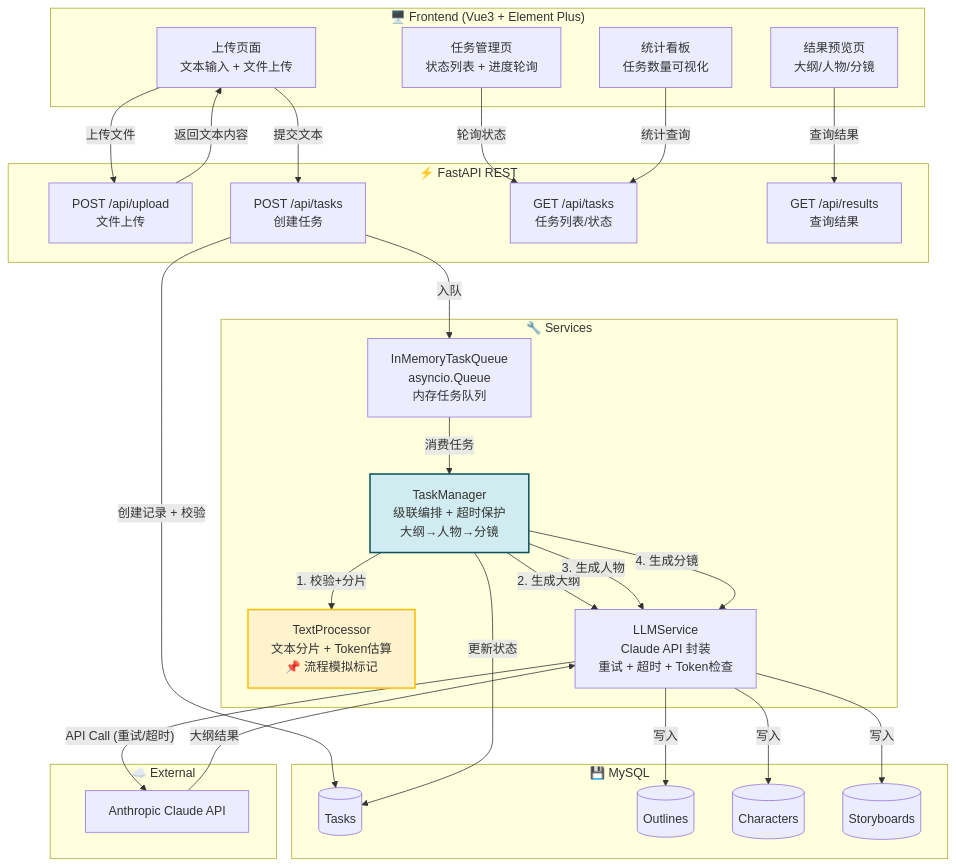
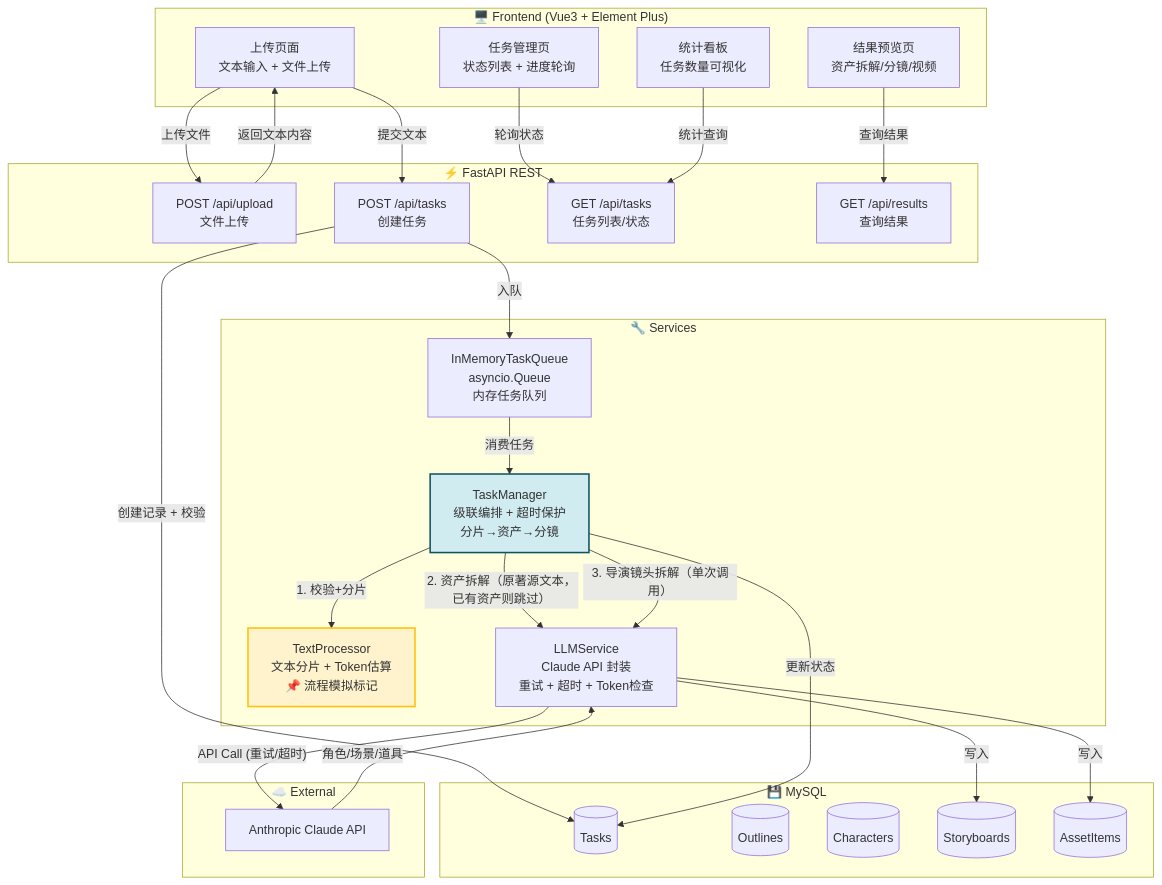
One commit to yuyunji/aigc_project changed the first of 2 diagrams in README.md. Above: the diagram before and after it, drawn with Mermaid. The commit also changed other lines of this file and 34 other files, not shown here.

````diff
--- a/README.md
+++ b/README.md
@@ -73,56 +75,55 @@
 ```mermaid
 graph TD
     subgraph 前端["🖥️ Frontend (Vue3 + Element Plus)"]
         A[上传页面<br/>文本输入 + 文件上传]
         B[任务管理页<br/>状态列表 + 进度轮询]
-        C[结果预览页<br/>大纲/人物/分镜]
+        C[结果预览页<br/>资产拆解/分镜/视频]
         D[统计看板<br/>任务数量可视化]
     end
 
     subgraph API["⚡ FastAPI REST"]
         E[POST /api/upload<br/>文件上传]
         F[POST /api/tasks<br/>创建任务]
         G[GET /api/tasks<br/>任务列表/状态]
         H[GET /api/results<br/>查询结果]
     end
 
     subgraph 服务层["🔧 Services"]
         I[TextProcessor<br/>文本分片 + Token估算<br/>📌 流程模拟标记]
         J[InMemoryTaskQueue<br/>asyncio.Queue<br/>内存任务队列]
-        K[TaskManager<br/>级联编排 + 超时保护<br/>大纲→人物→分镜]
+        K[TaskManager<br/>级联编排 + 超时保护<br/>分片→资产→分镜]
         L[LLMService<br/>Claude API 封装<br/>重试 + 超时 + Token检查]
     end
 
     subgraph 数据层["💾 MySQL"]
         M[(Tasks)]
         N[(Outlines)]
         O[(Characters)]
         P[(Storyboards)]
+        R[(AssetItems)]
     end
 
     subgraph 外部["☁️ External"]
         Q[Anthropic Claude API]
     end
 
     A -->|"提交文本"| F
     A -->|"上传文件"| E -->|"返回文本内容"| A
     F -->|"创建记录 + 校验"| M
     F -->|"入队"| J
     J -->|"消费任务"| K
     K -->|"1. 校验+分片"| I
-    K -->|"2. 生成大纲"| L
+    K -->|"2. 资产拆解（原著源文本，已有资产则跳过）"| L
     L -->|"API Call (重试/超时)"| Q
-    Q -->|"大纲结果"| L
-    L -->|"写入"| N
-    K -->|"3. 生成人物"| L
-    L -->|"写入"| O
-    K -->|"4. 生成分镜"| L
+    Q -->|"角色/场景/道具"| L
+    L -->|"写入"| R
+    K -->|"3. 导演镜头拆解（单次调用）"| L
     L -->|"写入"| P
     K -->|"更新状态"| M
     B -->|"轮询状态"| G
     C -->|"查询结果"| H
     D -->|"统计查询"| G
 
     style I fill:#fff3cd,stroke:#ffc107,stroke-width:2px
     style K fill:#d1ecf1,stroke:#0c5460,stroke-width:2px
 ```
````
